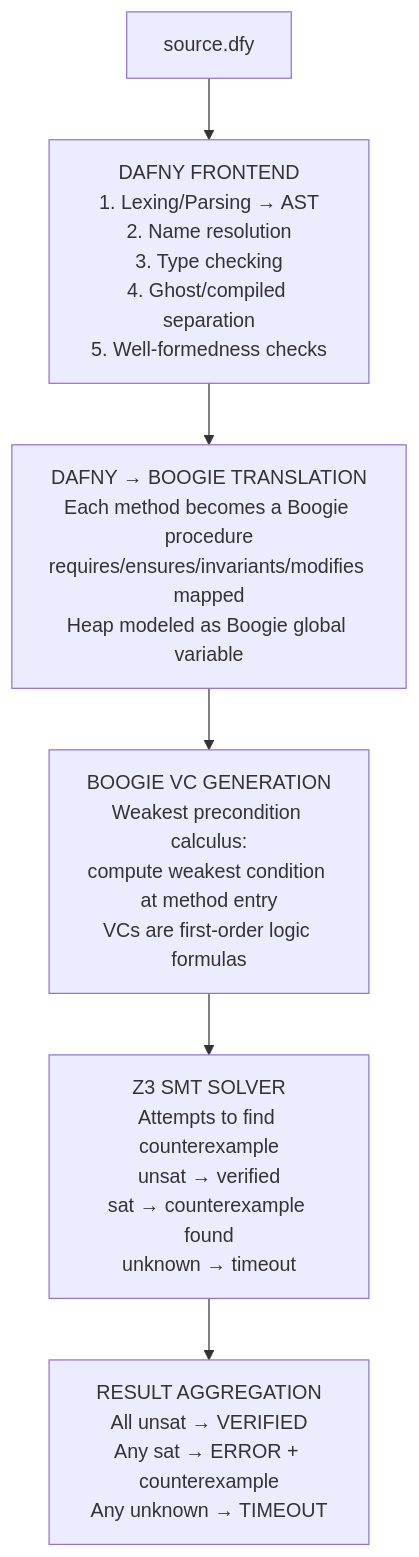
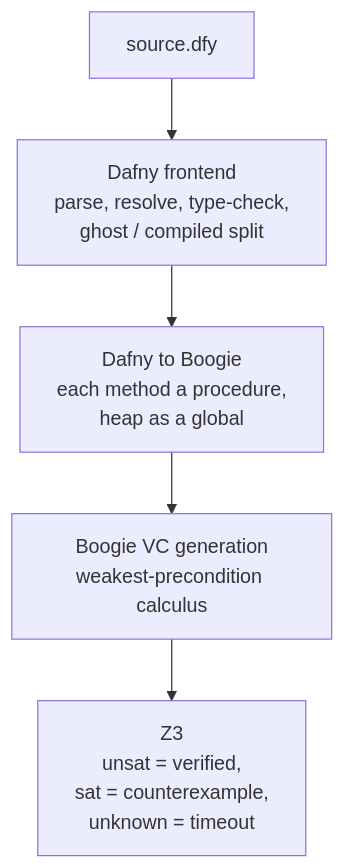
Before and after one commit to HardMax71/spec_to_rest: the first of 2 diagrams in docs/content/docs/research/llm_verifier_synthesis/dafny.md, drawn with Mermaid. The commit also changed other lines of this file, not shown here.

First line of the commit message:
docs(research): rewrite the Dafny page against the real translate path

````diff
--- a/docs/content/docs/research/llm_verifier_synthesis/dafny.md
+++ b/docs/content/docs/research/llm_verifier_synthesis/dafny.md
@@ -44,8 +36,7 @@
 ```mermaid
 flowchart TD
-  src["source.dfy"] --> FE["DAFNY FRONTEND\n1. Lexing/Parsing → AST\n2. Name resolution\n3. Type checking\n4. Ghost/compiled separation\n5. Well-formedness checks"]
-  FE --> Trans["DAFNY → BOOGIE TRANSLATION\nEach method becomes a Boogie procedure\nrequires/ensures/invariants/modifies mapped\nHeap modeled as Boogie global variable"]
-  Trans --> VC["BOOGIE VC GENERATION\nWeakest precondition calculus:\ncompute weakest condition at method entry\nVCs are first-order logic formulas"]
-  VC --> Z3["Z3 SMT SOLVER\nAttempts to find counterexample\nunsat → verified\nsat → counterexample found\nunknown → timeout"]
-  Z3 --> Agg["RESULT AGGREGATION\nAll unsat → VERIFIED\nAny sat → ERROR + counterexample\nAny unknown → TIMEOUT"]
+  src["source.dfy"] --> FE["Dafny frontend<br/>parse, resolve, type-check,<br/>ghost / compiled split"]
+  FE --> Trans["Dafny to Boogie<br/>each method a procedure,<br/>heap as a global"]
+  Trans --> VC["Boogie VC generation<br/>weakest-precondition calculus"]
+  VC --> Z3["Z3<br/>unsat = verified,<br/>sat = counterexample,<br/>unknown = timeout"]
 ```
````
